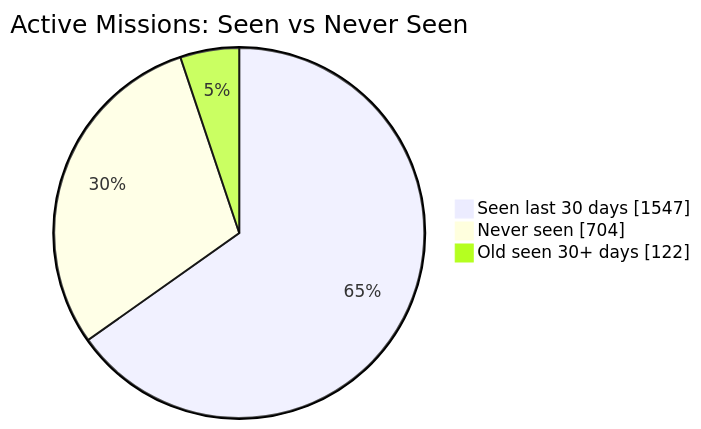
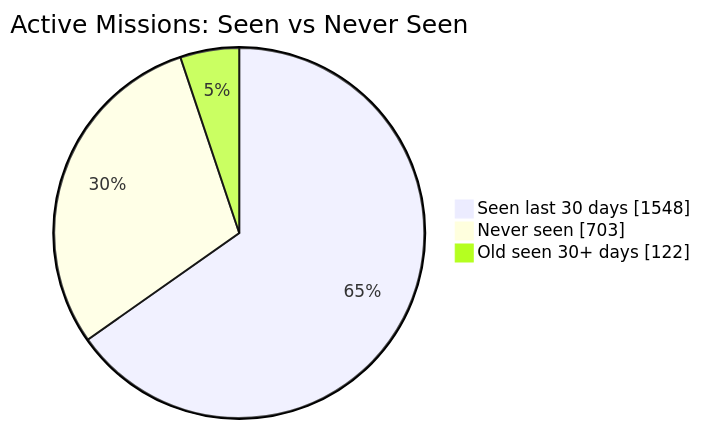
Before and after one commit to MeldkamerspelGameTeam/active-missions: the first of 2 diagrams in README.md, drawn with Mermaid. The commit also changed other lines of this file and 2 other files, not shown here.

````diff
--- a/README.md
+++ b/README.md
@@ -34,7 +34,7 @@
 ```mermaid
 pie showData
     title Active Missions: Seen vs Never Seen
-    "Seen last 30 days" : 1547
-    "Never seen" : 704
+    "Seen last 30 days" : 1548
+    "Never seen" : 703
     "Old seen 30+ days" : 122
 ```
````
